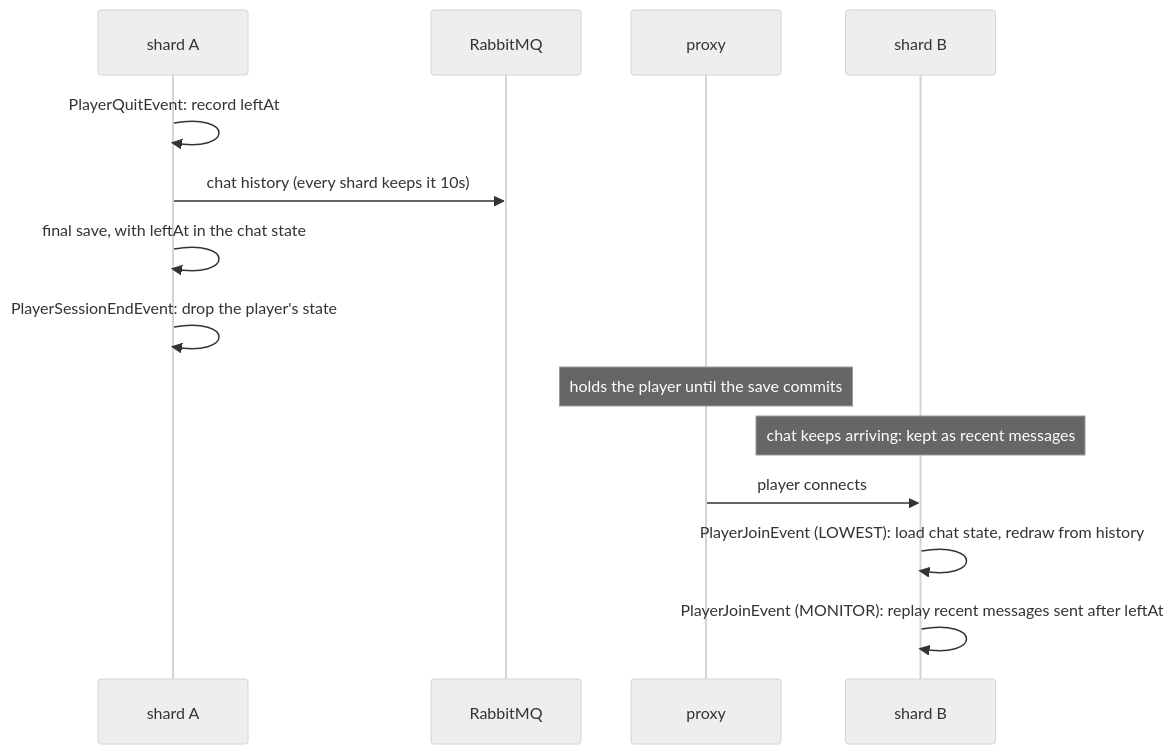
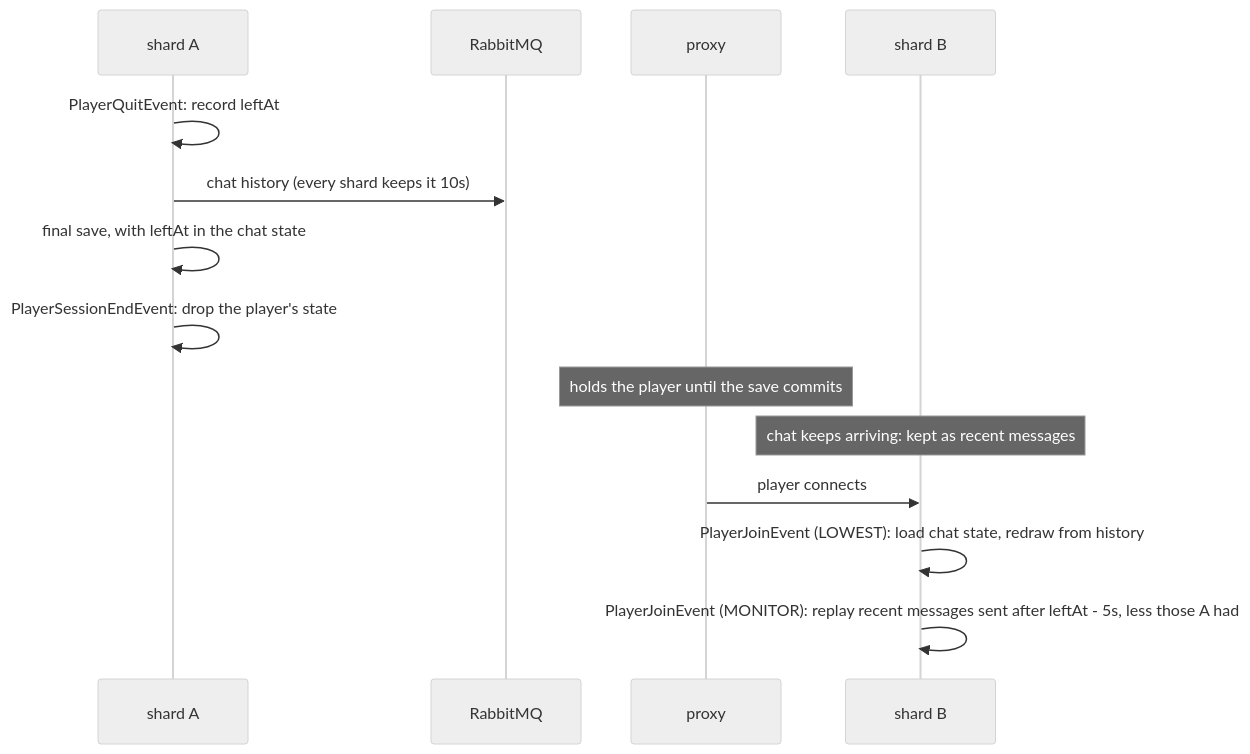
One commit to TeamMonumenta/monumenta-server-management changed the fourth of 4 diagrams in network-chat/ARCHITECTURE.md. Above: the diagram before and after it, drawn with Mermaid (neutral theme). The commit also changed other lines of this file and 2 other files, not shown here.

First line of the commit message:
network-chat: replay messages that were on their way as the player left; paused senders keep their own deleted messages

````diff
--- a/network-chat/ARCHITECTURE.md
+++ b/network-chat/ARCHITECTURE.md
@@ -145,16 +145,16 @@
 ```mermaid
 sequenceDiagram
     participant A as shard A
     participant MQ as RabbitMQ
     participant X as proxy
     participant B as shard B
     A->>A: PlayerQuitEvent: record leftAt
     A->>MQ: chat history (every shard keeps it 10s)
     A->>A: final save, with leftAt in the chat state
     A->>A: PlayerSessionEndEvent: drop the player's state
     Note over X: holds the player until the save commits
     Note over B: chat keeps arriving: kept as recent messages
     X->>B: player connects
     B->>B: PlayerJoinEvent (LOWEST): load chat state, redraw from history
-    B->>B: PlayerJoinEvent (MONITOR): replay recent messages sent after leftAt
+    B->>B: PlayerJoinEvent (MONITOR): replay recent messages sent after leftAt - 5s, less those A had
 ```
````
